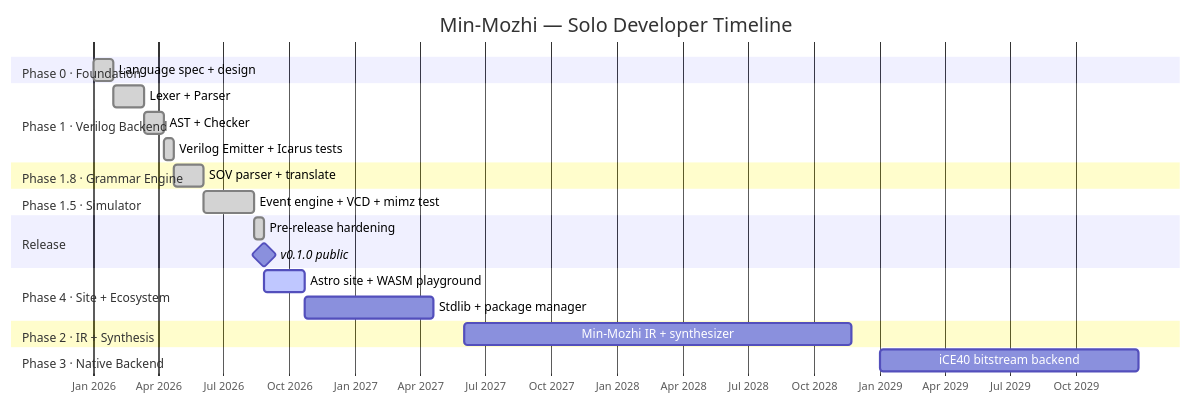
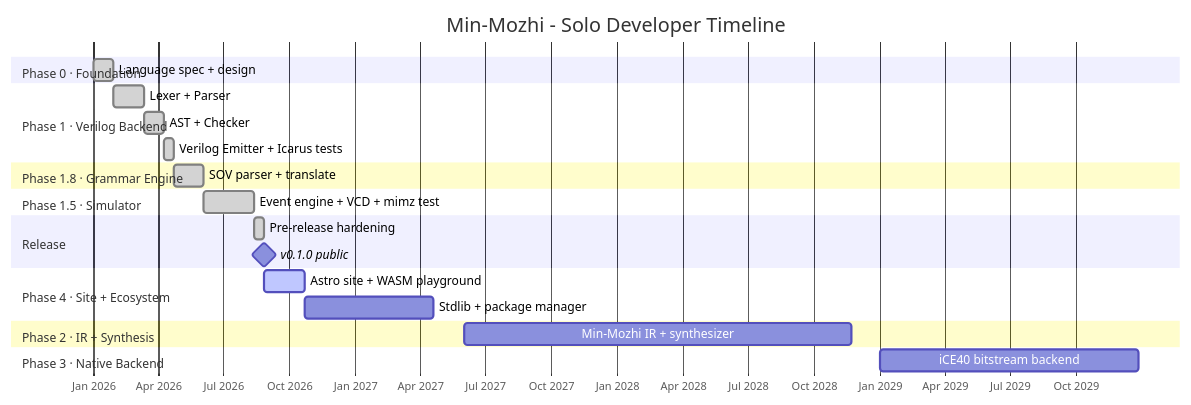
One commit to Naveen2070/min-mozhi changed the first of 2 diagrams in ROADMAP.md. Above: the diagram before and after it, drawn with Mermaid. The commit also changed other lines of this file and 239 other files, not shown here.

````diff
--- a/ROADMAP.md
+++ b/ROADMAP.md
@@ -178,34 +178,34 @@
 ```mermaid
 gantt
-    title Min-Mozhi — Solo Developer Timeline
+    title Min-Mozhi - Solo Developer Timeline
     dateFormat  YYYY-MM-DD
     axisFormat  %b %Y
 
     section Phase 0 · Foundation
     Language spec + design          :done, p0, 2026-01-01, 28d
 
     section Phase 1 · Verilog Backend
     Lexer + Parser                  :done, p1a, after p0, 42d
     AST + Checker                   :done, p1b, after p1a, 28d
     Verilog Emitter + Icarus tests  :done, p1c, after p1b, 14d
 
     section Phase 1.8 · Grammar Engine
     SOV parser + translate          :done, p18, after p1c, 42d
 
     section Phase 1.5 · Simulator
     Event engine + VCD + mimz test  :done, p15, after p18, 70d
 
     section Release
     Pre-release hardening           :done, pre, after p15, 14d
     v0.1.0 public                   :milestone, v010, after pre, 0d
 
     section Phase 4 · Site + Ecosystem
     Astro site + WASM playground    :active, p4a, after v010, 56d
     Stdlib + package manager        :p4b, after p4a, 180d
 
     section Phase 2 · IR + Synthesis
     Min-Mozhi IR + synthesizer      :p2, 2027-06-01, 540d
 
     section Phase 3 · Native Backend
     iCE40 bitstream backend         :p3, 2029-01-01, 360d
 ```
````
